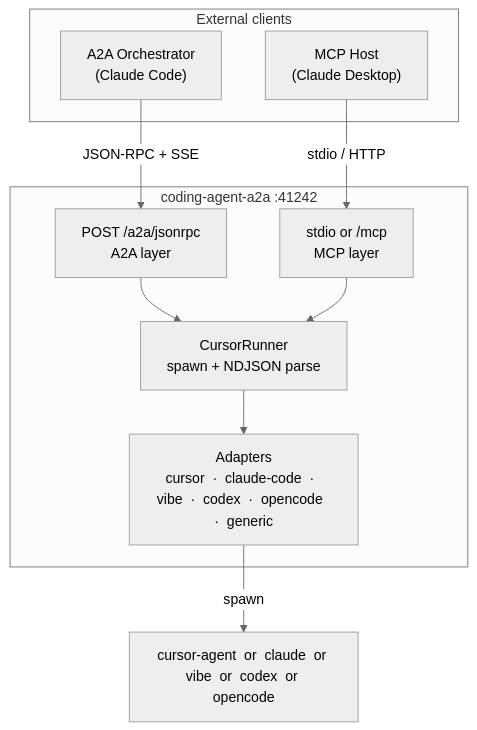
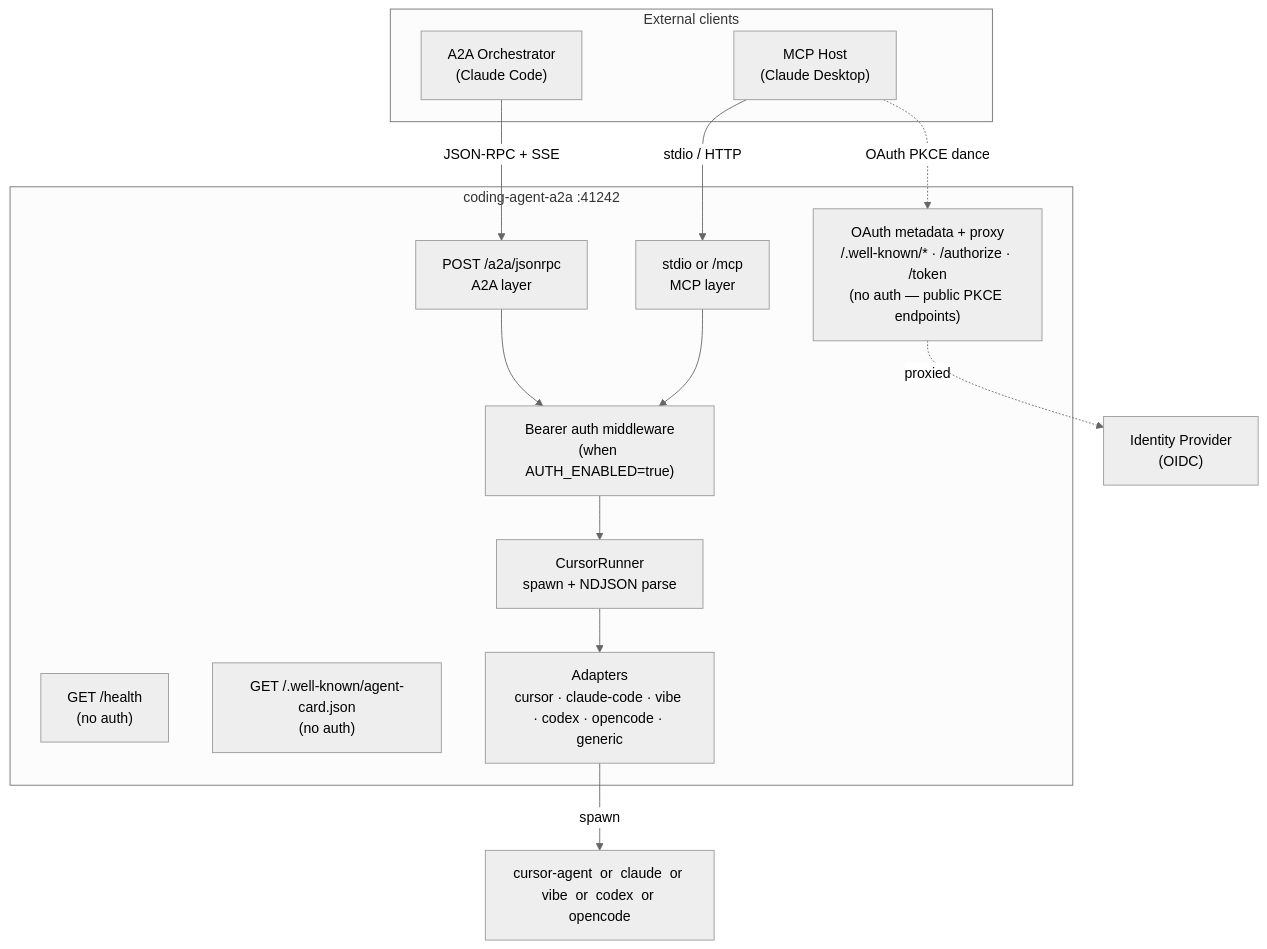
The diagram in README.md (casabre/coding-agent-a2a), drawn with Mermaid (neutral theme) before and after one commit. The commit also changed other lines of this file, not shown here.

````diff
--- a/README.md
+++ b/README.md
@@ -62,23 +62,31 @@
 ```mermaid
 graph TB
     subgraph Clients["External clients"]
         MCPHost["MCP Host\n(Claude Desktop)"]
         A2AClient["A2A Orchestrator\n(Claude Code)"]
     end
 
     subgraph Server["coding-agent-a2a  :41242"]
+        Health["GET /health\n(no auth)"]
+        AgentCard["GET /.well-known/agent-card.json\n(no auth)"]
+        AuthMeta["OAuth metadata + proxy\n/.well-known/* · /authorize · /token\n(no auth — public PKCE endpoints)"]
+        AuthMW["Bearer auth middleware\n(when AUTH_ENABLED=true)"]
         A2ARoute["POST /a2a/jsonrpc\nA2A layer"]
         MCPRoute["stdio or /mcp\nMCP layer"]
         Runner["CursorRunner\nspawn + NDJSON parse"]
-        Adapters["Adapters\ncursor  ·  claude-code  ·  vibe  ·  codex  ·  opencode  ·  generic"]
+        Adapters["Adapters\ncursor · claude-code · vibe · codex · opencode · generic"]
     end
 
+    IdP["Identity Provider\n(OIDC)"]
     CLI["cursor-agent  or  claude  or  vibe  or  codex  or  opencode"]
 
     MCPHost   -->|"stdio / HTTP"| MCPRoute
     A2AClient -->|"JSON-RPC + SSE"| A2ARoute
-    A2ARoute  --> Runner
-    MCPRoute  --> Runner
+    MCPHost   -.->|"OAuth PKCE dance"| AuthMeta
+    AuthMeta  -.->|"proxied"| IdP
+    A2ARoute  --> AuthMW
+    MCPRoute  --> AuthMW
+    AuthMW    --> Runner
     Runner    --> Adapters
     Adapters  -->|spawn| CLI
 ```
````
